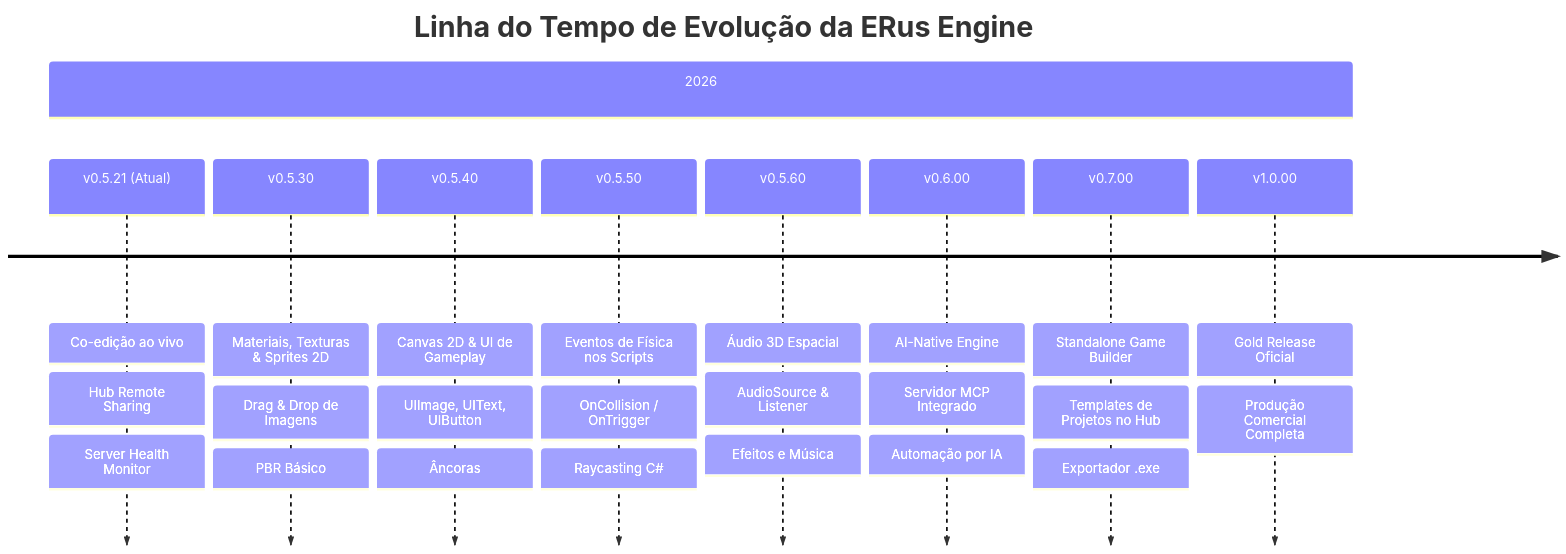
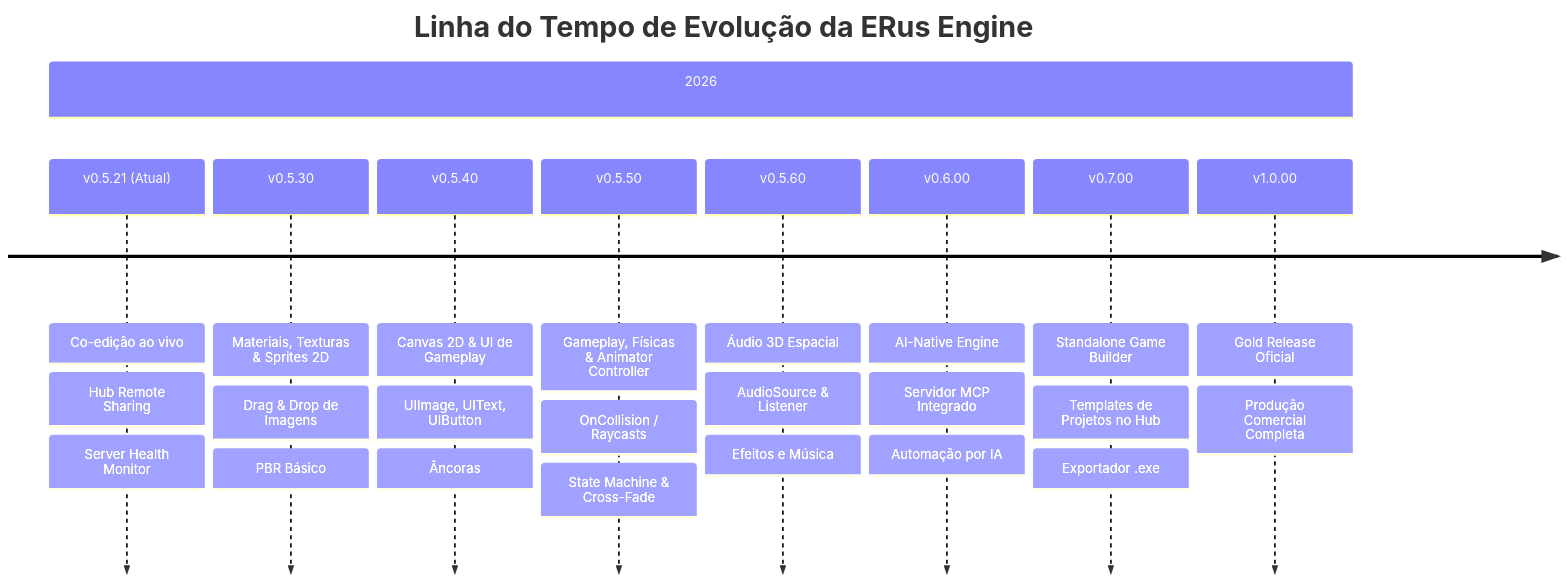
The diagram in docs/ROADMAP.md (LatadosUnited/ERus), drawn with Mermaid before and after one commit. The commit also changed other lines of this file, not shown here.

Commit message:
docs: adiciona Animator Controller (Mecanim-style State Machine & Cross-fade) ao Roadmap da ERus

````diff
--- a/docs/ROADMAP.md
+++ b/docs/ROADMAP.md
@@ -7,13 +7,13 @@
 ```mermaid
 timeline
     title Linha do Tempo de Evolução da ERus Engine
     section 2026
         v0.5.21 (Atual) : Co-edição ao vivo : Hub Remote Sharing : Server Health Monitor
         v0.5.30 : Materiais, Texturas & Sprites 2D : Drag & Drop de Imagens : PBR Básico
         v0.5.40 : Canvas 2D & UI de Gameplay : UIImage, UIText, UIButton : Âncoras
-        v0.5.50 : Eventos de Física nos Scripts : OnCollision / OnTrigger : Raycasting C#
+        v0.5.50 : Gameplay, Físicas & Animator Controller : OnCollision / Raycasts : State Machine & Cross-Fade
         v0.5.60 : Áudio 3D Espacial : AudioSource & Listener : Efeitos e Música
         v0.6.00 : AI-Native Engine : Servidor MCP Integrado : Automação por IA
         v0.7.00 : Standalone Game Builder : Templates de Projetos no Hub : Exportador .exe
         v1.0.00 : Gold Release Oficial : Produção Comercial Completa
 ```
````
